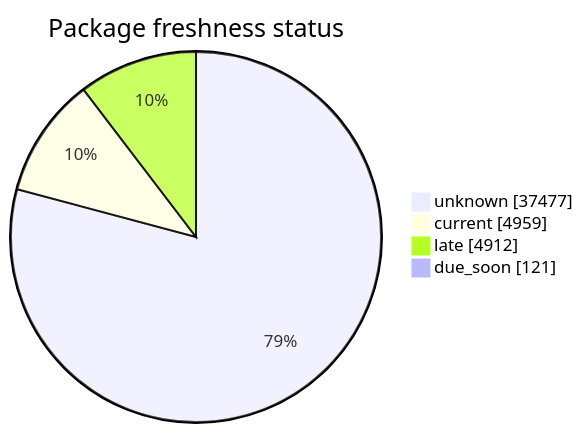
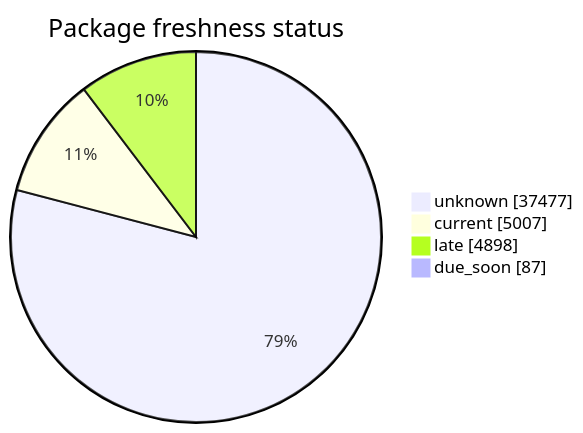
One commit to open-data/analytics-corporate-reporting changed the second of 5 diagrams in FreshCheck/README.md. Above: the diagram before and after it, drawn with Mermaid. The commit also changed other lines of this file and 3 other files, not shown here.

````diff
--- a/FreshCheck/README.md
+++ b/FreshCheck/README.md
@@ -69,7 +69,7 @@
 ```mermaid
 pie showData title Package freshness status
     "unknown": 37477
-    "current": 4959
-    "late": 4912
-    "due_soon": 121
+    "current": 5007
+    "late": 4898
+    "due_soon": 87
 ```
````
